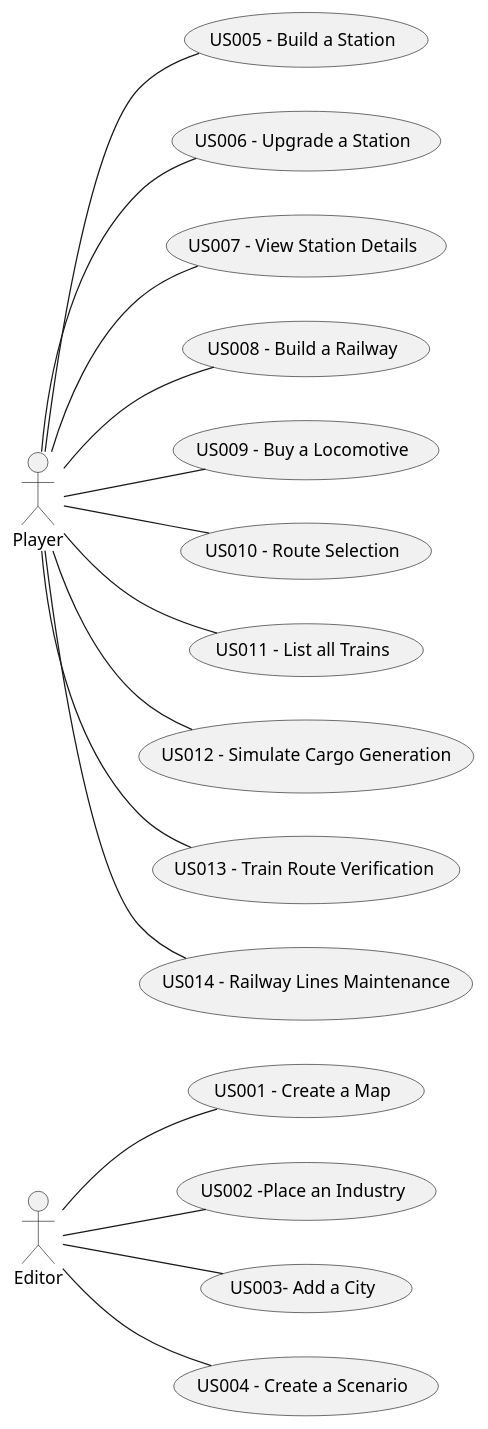
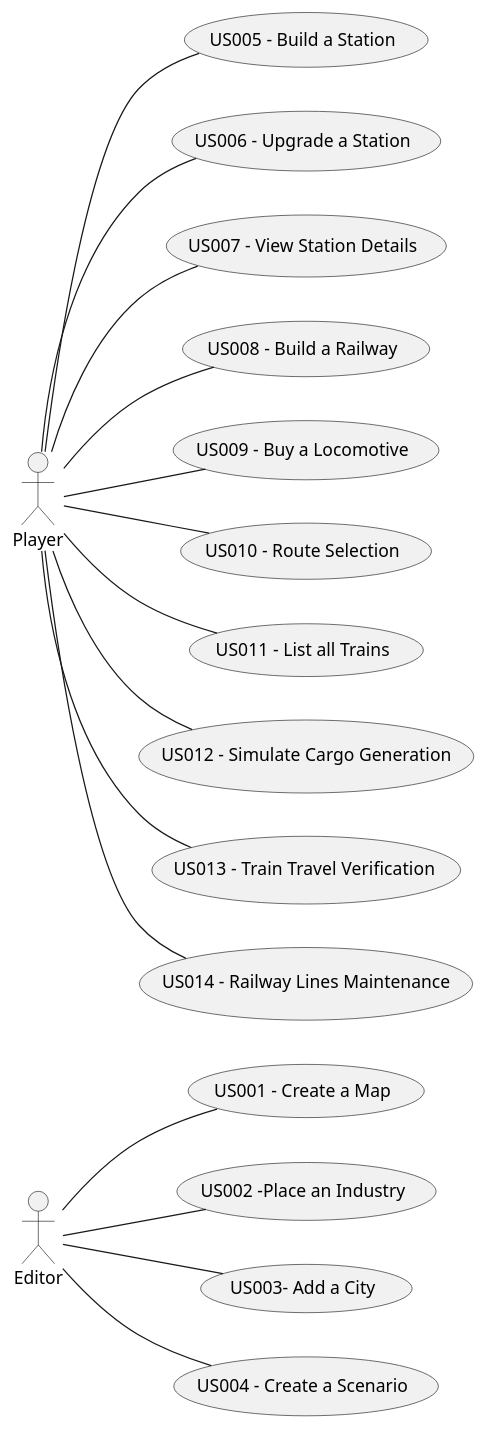
One commit to 1240935/pi2-railway-simulator changed the diagram in Sprint2/global-artifacts/01.requirements-engineering/puml/UCD.puml. Above: the diagram before and after it, drawn with PlantUML. The commit also changed 13 other files, not shown here.

```diff
--- a/Sprint2/global-artifacts/01.requirements-engineering/puml/UCD.puml
+++ b/Sprint2/global-artifacts/01.requirements-engineering/puml/UCD.puml
@@ -1,39 +1,39 @@
 @startuml
 
 left to right direction
 
 actor Editor
 actor Player
 
 usecase "US001 - Create a Map" as US001
 usecase "US002 -Place an Industry" as US002
 usecase "US003- Add a City" as US003
 usecase "US004 - Create a Scenario" as US004
 usecase "US005 - Build a Station" as US005
 usecase "US006 - Upgrade a Station" as US006
 usecase "US007 - View Station Details" as US007
 usecase "US008 - Build a Railway" as US008
 usecase "US009 - Buy a Locomotive" as US009
 usecase "US010 - Route Selection" as US010
 usecase "US011 - List all Trains" as US011
 usecase "US012 - Simulate Cargo Generation" as US012
-usecase "US013 - Train Route Verification" as US013
+usecase "US013 - Train Travel Verification" as US013
 usecase "US014 - Railway Lines Maintenance" as US014
 
 Editor -- US004
 Editor -- US003
 Editor -- US002
 Editor -- US001
 
 Player -- US011
 Player -- US010
 Player -- US009
 Player -- US008
 Player -- US007
 Player -- US006
 Player -- US005
 Player -- US012
 Player -- US013
 Player -- US014
 
 @enduml
```
